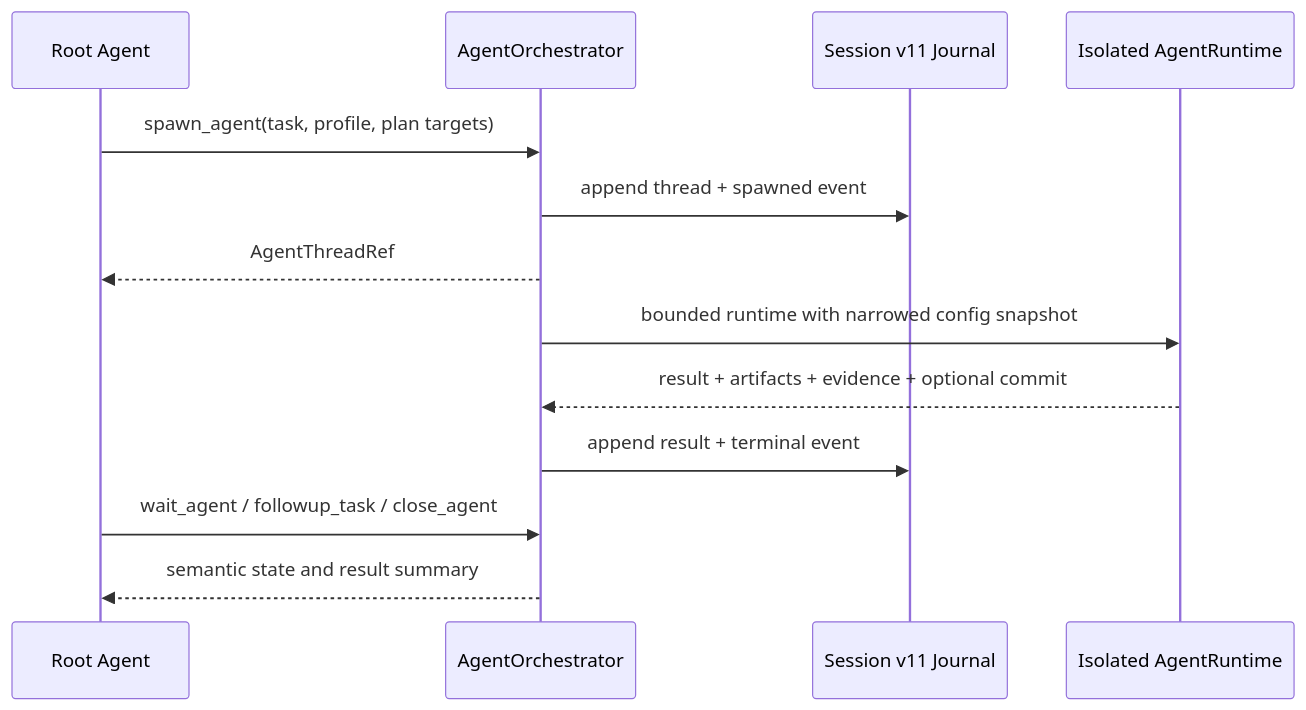
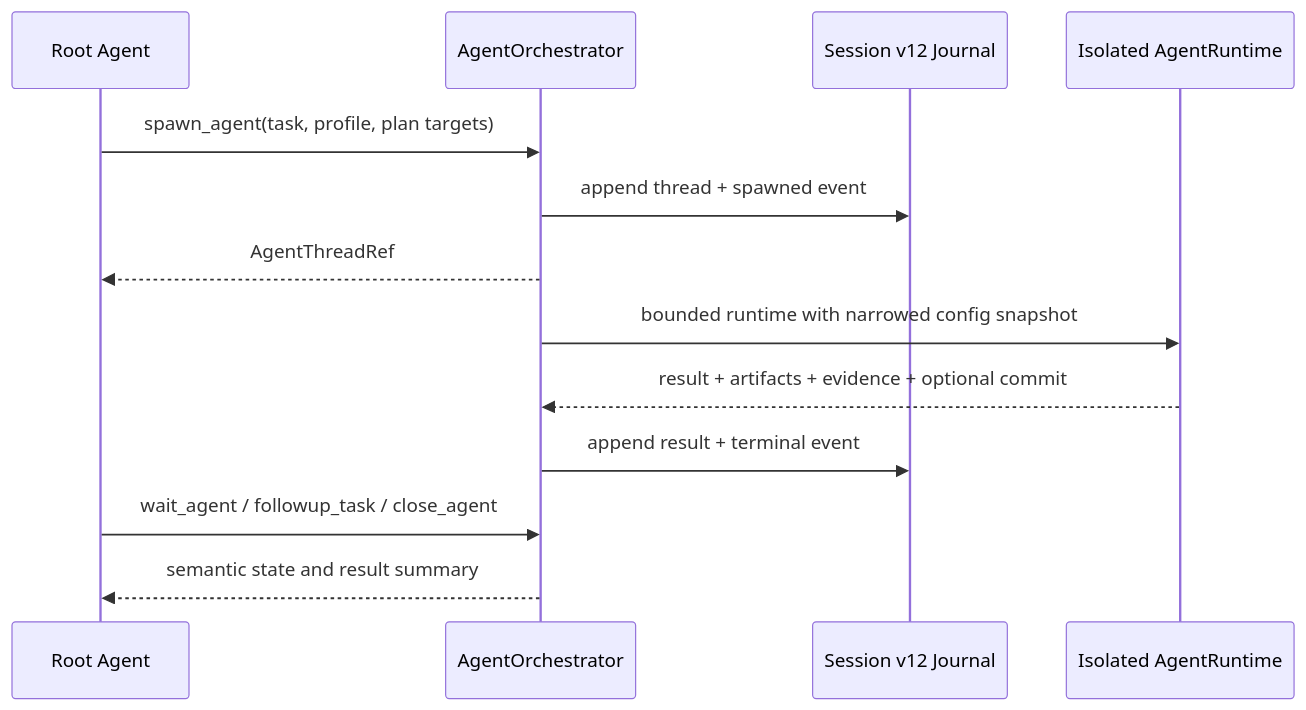
One commit to JasonYZzz/lumen changed the second of 2 diagrams in docs/architecture-guide/06-extensions-and-delegation.md. Above: the diagram before and after it, drawn with Mermaid. The commit also changed other lines of this file and 57 other files, not shown here.

````diff
--- a/docs/architecture-guide/06-extensions-and-delegation.md
+++ b/docs/architecture-guide/06-extensions-and-delegation.md
@@ -59,16 +59,16 @@
 ```mermaid
 sequenceDiagram
     participant Parent as Root Agent
     participant AO as AgentOrchestrator
-    participant SR as Session v11 Journal
+    participant SR as Session v12 Journal
     participant Child as Isolated AgentRuntime
 
     Parent->>AO: spawn_agent(task, profile, plan targets)
     AO->>SR: append thread + spawned event
     AO-->>Parent: AgentThreadRef
     AO->>Child: bounded runtime with narrowed config snapshot
     Child-->>AO: result + artifacts + evidence + optional commit
     AO->>SR: append result + terminal event
     Parent->>AO: wait_agent / followup_task / close_agent
     AO-->>Parent: semantic state and result summary
 ```
````
